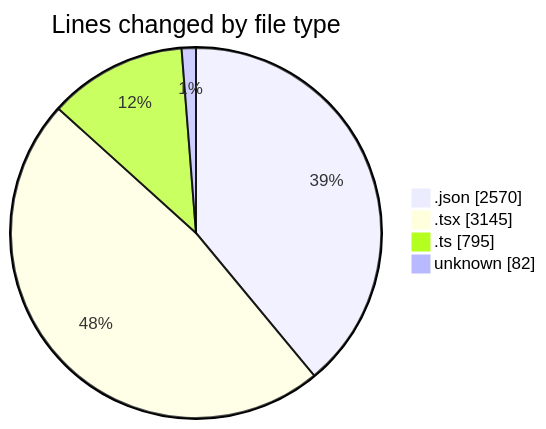
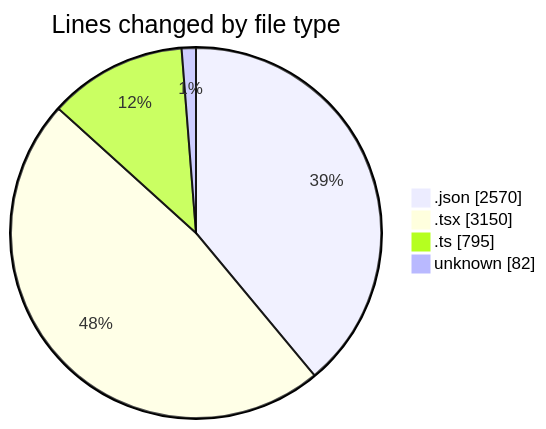
Before and after one commit to julien-gomy/code-tracking: the first of 2 diagrams in 2025-10-29/eventscop-frontend-guide__workspace_/README.md, drawn with Mermaid. The commit also changed other lines of this file and 1 other file, not shown here.

````diff
--- a/2025-10-29/eventscop-frontend-guide__workspace_/README.md
+++ b/2025-10-29/eventscop-frontend-guide__workspace_/README.md
@@ -56,8 +56,8 @@
 ```mermaid
 pie showData
 title Lines changed by file type
 ".json" : 2570
-".tsx" : 3145
+".tsx" : 3150
 ".ts" : 795
 "unknown" : 82
 ```
````
